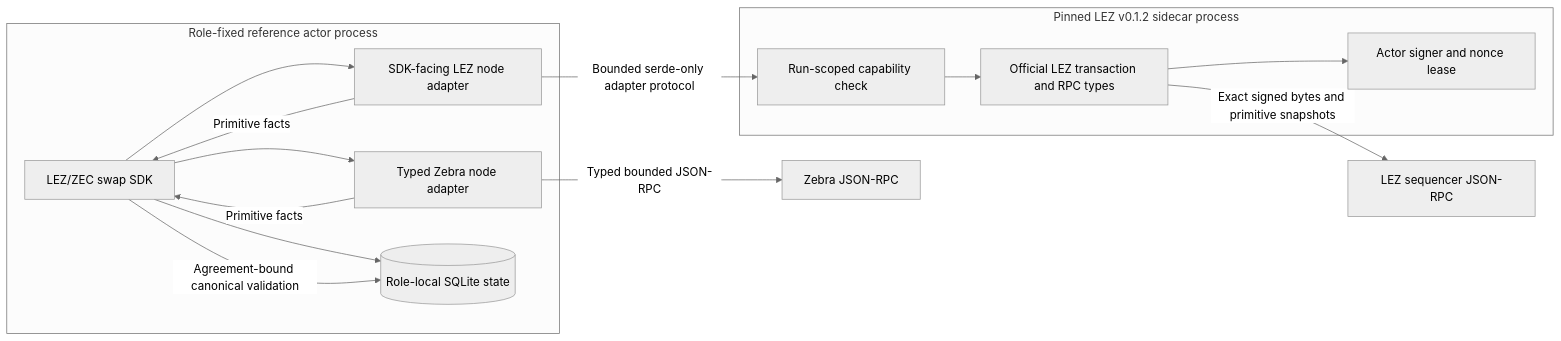
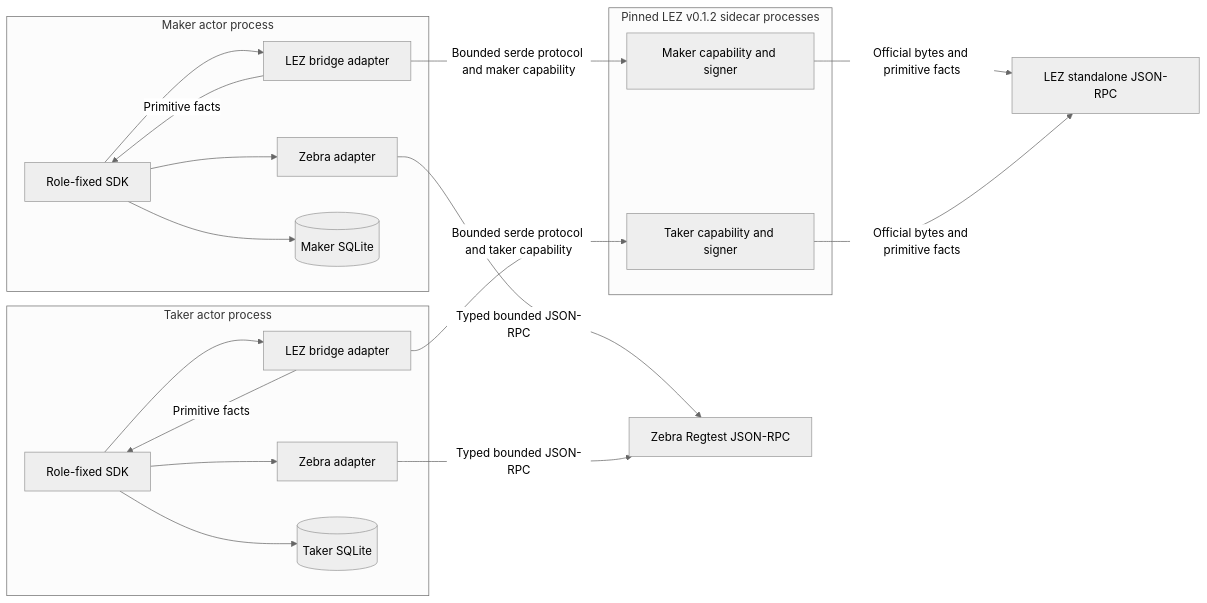
Before and after one commit to gateway-fm/lez-atomic-swaps: the diagram in docs/architecture/0022-isolate-lez-official-wire-sidecar.md, drawn with Mermaid (neutral theme). The commit also changed other lines of this file and 8 other files, not shown here.

````diff
--- a/docs/architecture/0022-isolate-lez-official-wire-sidecar.md
+++ b/docs/architecture/0022-isolate-lez-official-wire-sidecar.md
@@ -6,30 +6,36 @@
 ```mermaid
 flowchart LR
-    subgraph ActorProcess["Role-fixed reference actor process"]
-        SDK["LEZ/ZEC swap SDK"]
-        LezAdapter["SDK-facing LEZ node adapter"]
-        ZebraAdapter["Typed Zebra node adapter"]
-        State[("Role-local SQLite state")]
+    subgraph MakerActor["Maker actor process"]
+        MakerSDK["Role-fixed SDK"]
+        MakerLezAdapter["LEZ bridge adapter"]
+        MakerZebraAdapter["Zebra adapter"]
+        MakerState[("Maker SQLite")]
     end
+    subgraph TakerActor["Taker actor process"]
+        TakerSDK["Role-fixed SDK"]
+        TakerLezAdapter["LEZ bridge adapter"]
+        TakerZebraAdapter["Zebra adapter"]
+        TakerState[("Taker SQLite")]
+    end
+    subgraph Sidecars["Pinned LEZ v0.1.2 sidecar processes"]
+        MakerSidecar["Maker capability and signer"]
+        TakerSidecar["Taker capability and signer"]
+    end
+    Zebra["Zebra Regtest JSON-RPC"]
+    LezNode["LEZ standalone JSON-RPC"]
 
-    subgraph LezSidecarProcess["Pinned LEZ v0.1.2 sidecar process"]
-        Capability["Run-scoped capability check"]
-        OfficialTypes["Official LEZ transaction and RPC types"]
-        LezSigner["Actor signer and nonce lease"]
-    end
-
-    Zebra["Zebra JSON-RPC"]
-    LezNode["LEZ sequencer JSON-RPC"]
-
-    SDK --> State
-    SDK --> LezAdapter
-    SDK --> ZebraAdapter
-    LezAdapter -->|"Bounded serde-only adapter protocol"| Capability
-    Capability --> OfficialTypes
-    OfficialTypes --> LezSigner
-    OfficialTypes -->|"Exact signed bytes and primitive snapshots"| LezNode
-    ZebraAdapter -->|"Typed bounded JSON-RPC"| Zebra
-    LezAdapter -->|"Primitive facts"| SDK
-    ZebraAdapter -->|"Primitive facts"| SDK
-    SDK -->|"Agreement-bound canonical validation"| State
+    MakerSDK --> MakerState
+    MakerSDK --> MakerLezAdapter
+    MakerSDK --> MakerZebraAdapter
+    TakerSDK --> TakerState
+    TakerSDK --> TakerLezAdapter
+    TakerSDK --> TakerZebraAdapter
+    MakerLezAdapter -->|"Bounded serde protocol and maker capability"| MakerSidecar
+    TakerLezAdapter -->|"Bounded serde protocol and taker capability"| TakerSidecar
+    MakerSidecar -->|"Official bytes and primitive facts"| LezNode
+    TakerSidecar -->|"Official bytes and primitive facts"| LezNode
+    MakerZebraAdapter -->|"Typed bounded JSON-RPC"| Zebra
+    TakerZebraAdapter -->|"Typed bounded JSON-RPC"| Zebra
+    MakerLezAdapter -->|"Primitive facts"| MakerSDK
+    TakerLezAdapter -->|"Primitive facts"| TakerSDK
 ```
````
